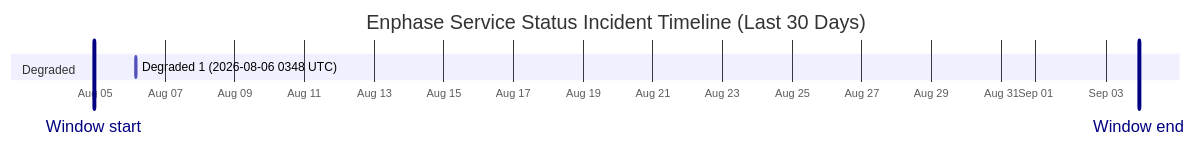
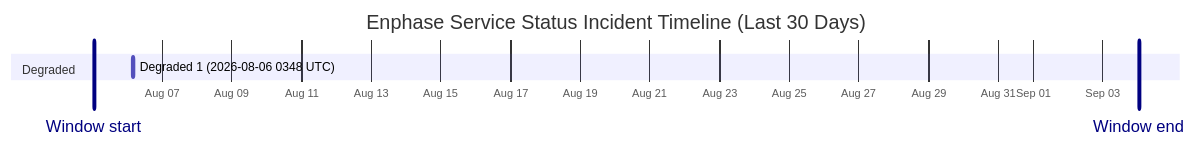
One commit to barneyonline/ha-enphase-energy changed the diagram in wiki/Service-Status-History.md. Above: the diagram before and after it, drawn with Mermaid. The commit also changed other lines of this file and 3 other files, not shown here.

````diff
--- a/wiki/Service-Status-History.md
+++ b/wiki/Service-Status-History.md
@@ -14,10 +14,10 @@
 ```mermaid
 gantt
     title Enphase Service Status Incident Timeline (Last 30 Days)
     dateFormat  YYYY-MM-DDTHH:mm:ss
     axisFormat  %b %d
-    Window start :vert, window-start, 2026-08-04T22:58:33, 0ms
-    Window end :vert, window-end, 2026-09-03T22:58:33, 0ms
+    Window start :vert, window-start, 2026-08-05T00:54:12, 0ms
+    Window end :vert, window-end, 2026-09-04T00:54:12, 0ms
     section Degraded
     Degraded 1 (2026-08-06 0348 UTC) :active, degraded-1, 2026-08-06T03:48:14, 60m
 ```
````
